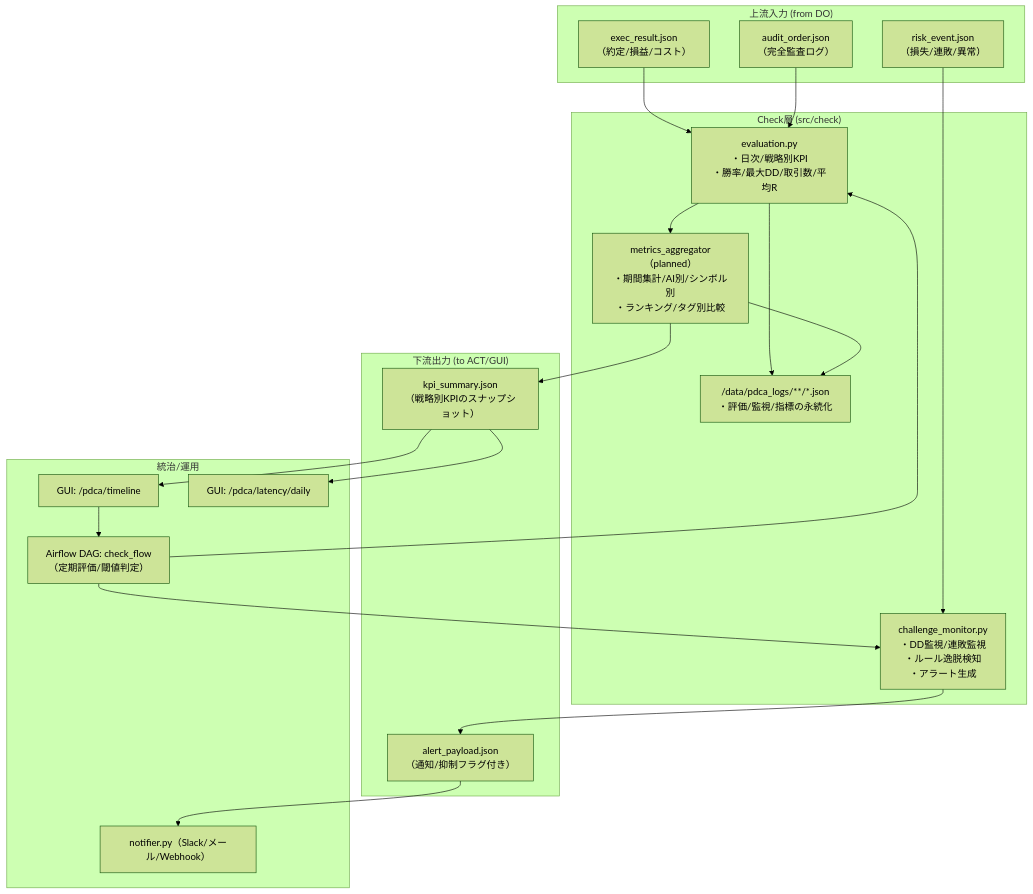
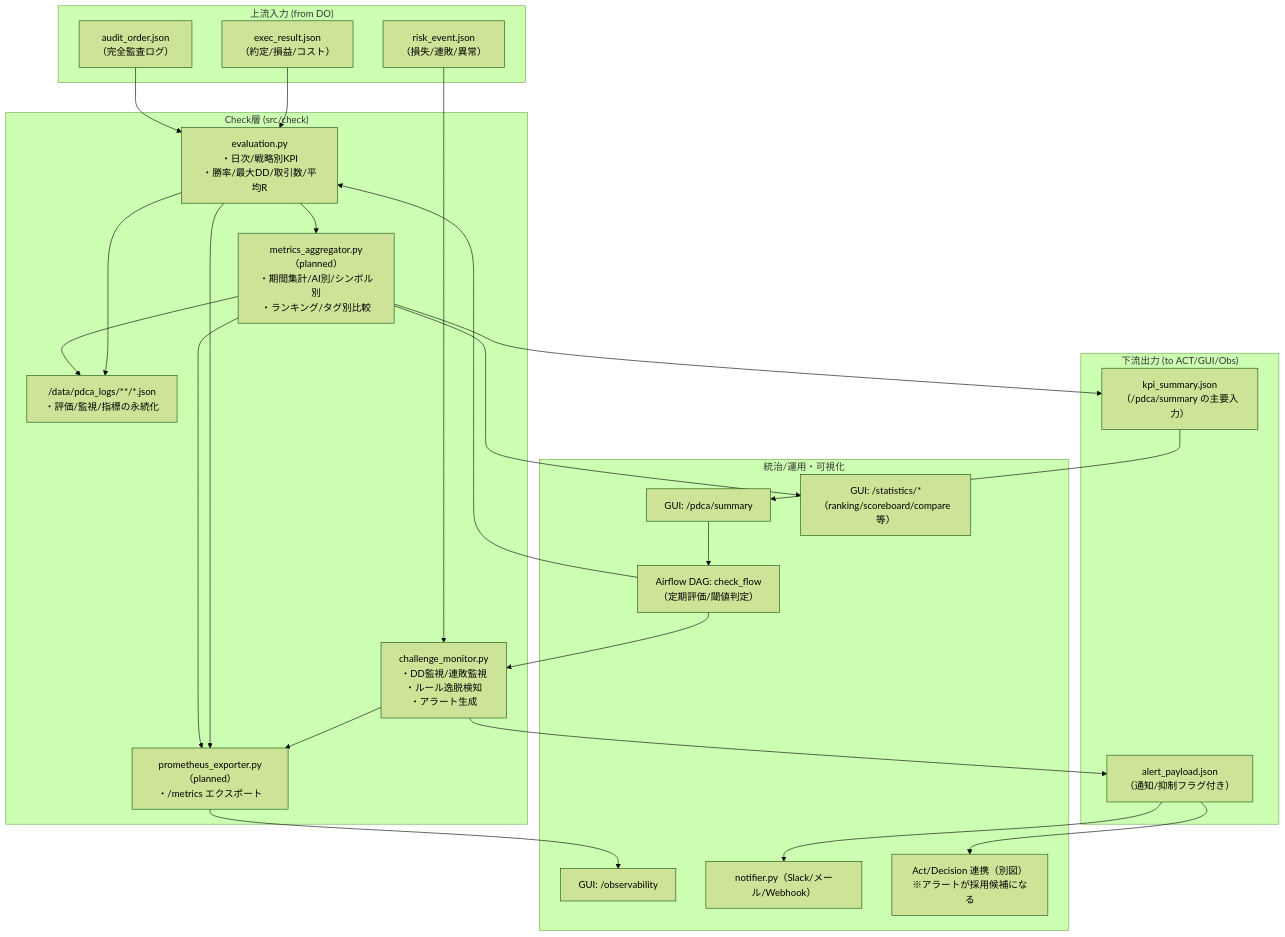
One commit to Noctria/noctria_kingdom changed the diagram in docs/architecture/diagrams/check_layer.mmd. Above: the diagram before and after it, drawn with Mermaid (forest theme).

```diff
--- a/docs/architecture/diagrams/check_layer.mmd
+++ b/docs/architecture/diagrams/check_layer.mmd
@@ -1,48 +1,62 @@
-%% CHECK層 詳細図（実績評価・監視・集計）
+%% CHECK層 詳細図（実績評価・監視・集計） — updated 2025-08-17
 flowchart TD
 
   %% 入力（Do層からの結果/イベント）
   subgraph INPUTS["上流入力 (from DO)"]
     EXECRES["exec_result.json<br/>（約定/損益/コスト）"]
     RISEVT["risk_event.json<br/>（損失/連敗/異常）"]
     AUDIT["audit_order.json<br/>（完全監査ログ）"]
   end
 
-  %% CHECK層
+  %% CHECK層本体
   subgraph CHECK["Check層 (src/check)"]
     MON["challenge_monitor.py<br/>・DD監視/連敗監視<br/>・ルール逸脱検知<br/>・アラート生成"]
     EVAL["evaluation.py<br/>・日次/戦略別KPI<br/>・勝率/最大DD/取引数/平均R"]
-    AGG["metrics_aggregator（planned）<br/>・期間集計/AI別/シンボル別<br/>・ランキング/タグ別比較"]
+    AGG["metrics_aggregator.py（planned）<br/>・期間集計/AI別/シンボル別<br/>・ランキング/タグ別比較"]
     STORE["/data/pdca_logs/**/*.json<br/>・評価/監視/指標の永続化"]
+    EXP["prometheus_exporter.py（planned）<br/>・/metrics エクスポート"]
   end
 
-  %% 出力（Act/GUI）
-  subgraph OUTPUTS["下流出力 (to ACT/GUI)"]
-    KPI["kpi_summary.json<br/>（戦略別KPIのスナップショット）"]
+  %% 出力（Act/GUI/Obs）
+  subgraph OUTPUTS["下流出力 (to ACT/GUI/Obs)"]
+    KPI["kpi_summary.json<br/>（/pdca/summary の主要入力）"]
     ALERT["alert_payload.json<br/>（通知/抑制フラグ付き）"]
   end
 
-  %% 統治/運用
-  subgraph ORCH["統治/運用"]
-    GUITL["GUI: /pdca/timeline"]
-    GUIDLY["GUI: /pdca/latency/daily"]
+  %% 統治/運用/GUI
+  subgraph ORCH["統治/運用・可視化"]
+    GUISUM["GUI: /pdca/summary"]
+    GUISTAT["GUI: /statistics/*<br/>（ranking/scoreboard/compare 等）"]
+    OBS["GUI: /observability"]
     DAGCHECK["Airflow DAG: check_flow<br/>（定期評価/閾値判定）"]
     NOTIFY["notifier.py（Slack/メール/Webhook）"]
+    ACTLINK["Act/Decision 連携（別図）<br/>※アラートが採用候補になる"]
   end
 
-  %% フロー
+  %% フロー（処理経路）
   EXECRES --> EVAL
-  RISEVT --> MON
-  AUDIT --> EVAL
+  RISEVT  --> MON
+  AUDIT   --> EVAL
+
   EVAL --> AGG
   EVAL --> STORE
-  AGG --> STORE
+  AGG  --> STORE
+
   MON --> ALERT --> NOTIFY
   AGG --> KPI
-  KPI --> GUITL
-  KPI --> GUIDLY
+  KPI --> GUISUM
+  AGG --> GUISTAT
 
-  %% 管理リンク
-  GUITL --> DAGCHECK
+  %% 可観測性
+  MON --> EXP
+  EVAL --> EXP
+  AGG  --> EXP
+  EXP  --> OBS
+
+  %% オーケストレーション
+  GUISUM --> DAGCHECK
   DAGCHECK --> EVAL
   DAGCHECK --> MON
+
+  %% Act/Decision 連携の位置づけ（本図では詳細割愛）
+  ALERT --> ACTLINK
```
